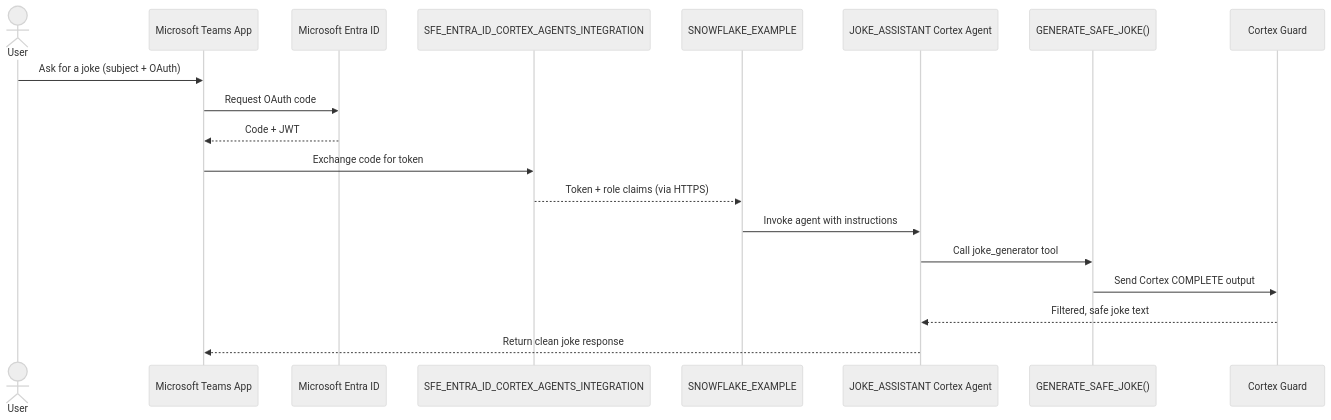
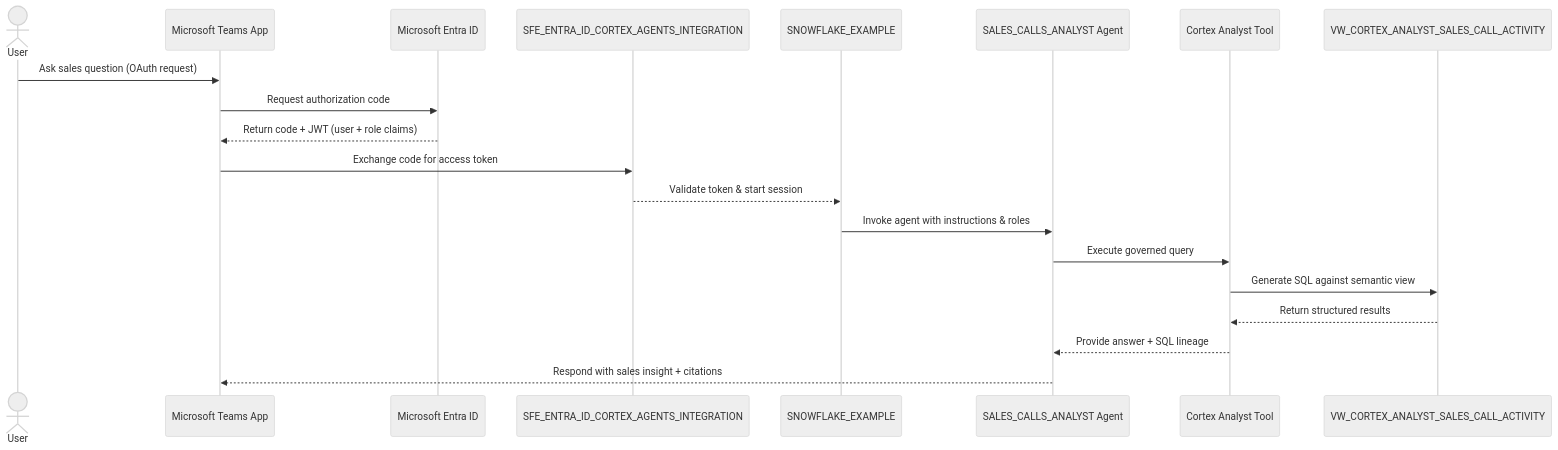
One commit to sfc-gh-miwhitaker/teams-agent-uni changed the diagram in diagrams/auth-flow.md. Above: the diagram before and after it, drawn with Mermaid (neutral theme). The commit also changed other lines of this file and 2 other files, not shown here.

````diff
--- a/diagrams/auth-flow.md
+++ b/diagrams/auth-flow.md
@@ -10,22 +10,23 @@
 ```mermaid
 sequenceDiagram
     actor User
     participant Teams as Microsoft Teams App
     participant Entra as Microsoft Entra ID
     participant Integration as SFE_ENTRA_ID_CORTEX_AGENTS_INTEGRATION
     participant Snowflake as SNOWFLAKE_EXAMPLE
-    participant Agent as JOKE_ASSISTANT Cortex Agent
-    participant Function as GENERATE_SAFE_JOKE()
-    participant Guard as Cortex Guard
+    participant Agent as SALES_CALLS_ANALYST Agent
+    participant Analyst as Cortex Analyst Tool
+    participant View as VW_CORTEX_ANALYST_SALES_CALL_ACTIVITY
 
-    User->>Teams: Ask for a joke (subject + OAuth)
-    Teams->>Entra: Request OAuth code
-    Entra-->>Teams: Code + JWT
-    Teams->>Integration: Exchange code for token
-    Integration-->>Snowflake: Token + role claims (via HTTPS)
-    Snowflake->>Agent: Invoke agent with instructions
-    Agent->>Function: Call joke_generator tool
-    Function->>Guard: Send Cortex COMPLETE output
-    Guard-->>Agent: Filtered, safe joke text
-    Agent-->>Teams: Return clean joke response
+    User->>Teams: Ask sales question (OAuth request)
+    Teams->>Entra: Request authorization code
+    Entra-->>Teams: Return code + JWT (user + role claims)
+    Teams->>Integration: Exchange code for access token
+    Integration-->>Snowflake: Validate token & start session
+    Snowflake->>Agent: Invoke agent with instructions & roles
+    Agent->>Analyst: Execute governed query
+    Analyst->>View: Generate SQL against semantic view
+    View-->>Analyst: Return structured results
+    Analyst-->>Agent: Provide answer + SQL lineage
+    Agent-->>Teams: Respond with sales insight + citations
 ```
````
